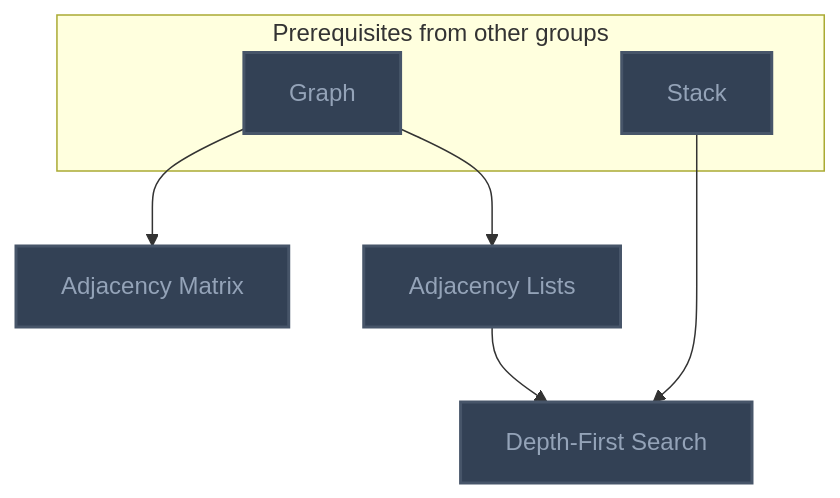
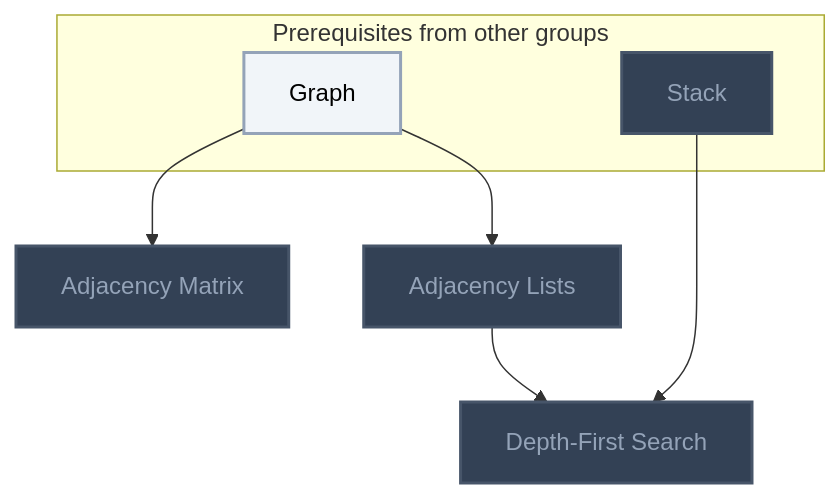
Diagram 15 of 17 in Gamification/Skill Trees/Data Structures and Algorithms.md (MRauf1/My-Notes), drawn with Mermaid before and after one commit. The commit also changed other lines of this file and 156 other files, not shown here.

````diff
--- a/Gamification/Skill Trees/Data Structures and Algorithms.md
+++ b/Gamification/Skill Trees/Data Structures and Algorithms.md
@@ -510,25 +513,26 @@
 ```mermaid
 flowchart TD
     classDef planned fill:#1E293B,stroke:#64748B,stroke-width:2px,stroke-dasharray:5 5,color:#94A3B8;
     classDef locked fill:#334155,stroke:#475569,stroke-width:2px,color:#94A3B8;
     classDef L0 fill:#F1F5F9,stroke:#94A3B8,stroke-width:2px,color:#000000;
     classDef L1 fill:#22C55E,stroke:#15803D,stroke-width:2px,color:#000000;
     classDef L2 fill:#3B82F6,stroke:#1D4ED8,stroke-width:3px,color:#FFFFFF;
     classDef L3 fill:#A855F7,stroke:#6B21A8,stroke-width:3px,color:#FFFFFF,font-weight:bold;
     classDef L4 fill:#F97316,stroke:#C2410C,stroke-width:4px,color:#000000,font-weight:bold;
     classDef L5 fill:#FFD700,stroke:#FF8C00,stroke-width:5px,color:#000000,font-weight:bold;
     classDef rusty stroke:#8B4513,stroke-width:4px,stroke-dasharray:3 3;
     subgraph sg_prereqs["Prerequisites from other groups"]
         n_graph["Graph"]
         n_stack["Stack"]
     end
     n_adjacency_matrix["Adjacency Matrix"]
     n_adjacency_lists["Adjacency Lists"]
     n_depth_first_search["Depth-First Search"]
     n_graph --> n_adjacency_matrix
     n_graph --> n_adjacency_lists
     n_adjacency_lists --> n_depth_first_search
     n_stack --> n_depth_first_search
-    class n_graph,n_stack,n_adjacency_matrix,n_adjacency_lists,n_depth_first_search locked;
+    class n_stack,n_adjacency_matrix,n_adjacency_lists,n_depth_first_search locked;
+    class n_graph L0;
     class n_graph,n_stack,n_adjacency_matrix,n_adjacency_lists,n_depth_first_search internal-link;
 ```
````
